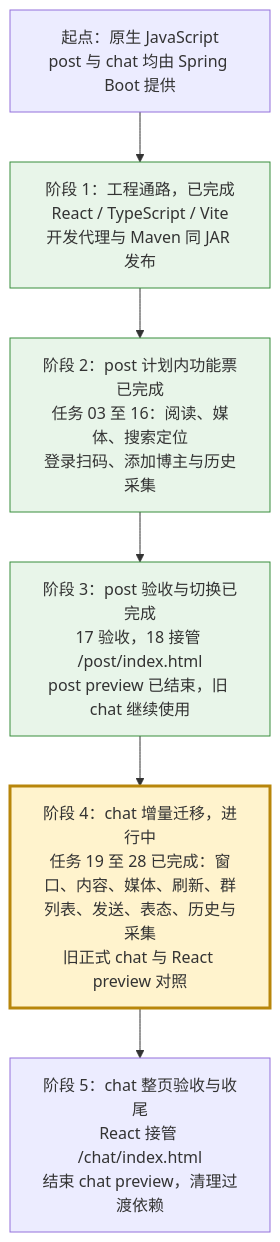
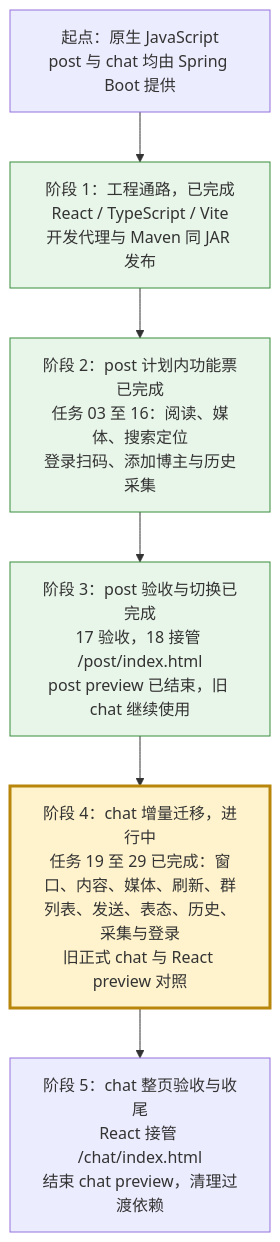
One commit to findxyz/vb-weibo-plus changed the diagram in .scratch/react-migration/PLAN.md. Above: the diagram before and after it, drawn with Mermaid. The commit also changed other lines of this file and 7 other files, not shown here.

````diff
--- a/.scratch/react-migration/PLAN.md
+++ b/.scratch/react-migration/PLAN.md
@@ -17,14 +17,14 @@
 ```mermaid
 flowchart TD
     A["起点：原生 JavaScript<br/>post 与 chat 均由 Spring Boot 提供"]
     B["阶段 1：工程通路，已完成<br/>React / TypeScript / Vite<br/>开发代理与 Maven 同 JAR 发布"]
     C["阶段 2：post 计划内功能票已完成<br/>任务 03 至 16：阅读、媒体、搜索定位<br/>登录扫码、添加博主与历史采集"]
     D["阶段 3：post 验收与切换已完成<br/>17 验收，18 接管 /post/index.html<br/>post preview 已结束，旧 chat 继续使用"]
-    E["阶段 4：chat 增量迁移，进行中<br/>任务 19 至 28 已完成：窗口、内容、媒体、刷新、群列表、发送、表态、历史与采集<br/>旧正式 chat 与 React preview 对照"]
+    E["阶段 4：chat 增量迁移，进行中<br/>任务 19 至 29 已完成：窗口、内容、媒体、刷新、群列表、发送、表态、历史、采集与登录<br/>旧正式 chat 与 React preview 对照"]
     F["阶段 5：chat 整页验收与收尾<br/>React 接管 /chat/index.html<br/>结束 chat preview，清理过渡依赖"]
     A --> B --> C --> D --> E --> F
     classDef complete fill:#e8f5e9,stroke:#388e3c
     classDef current fill:#fff3cd,stroke:#b8860b,stroke-width:3px
     class B,C,D complete
     class E current
 ```
````
